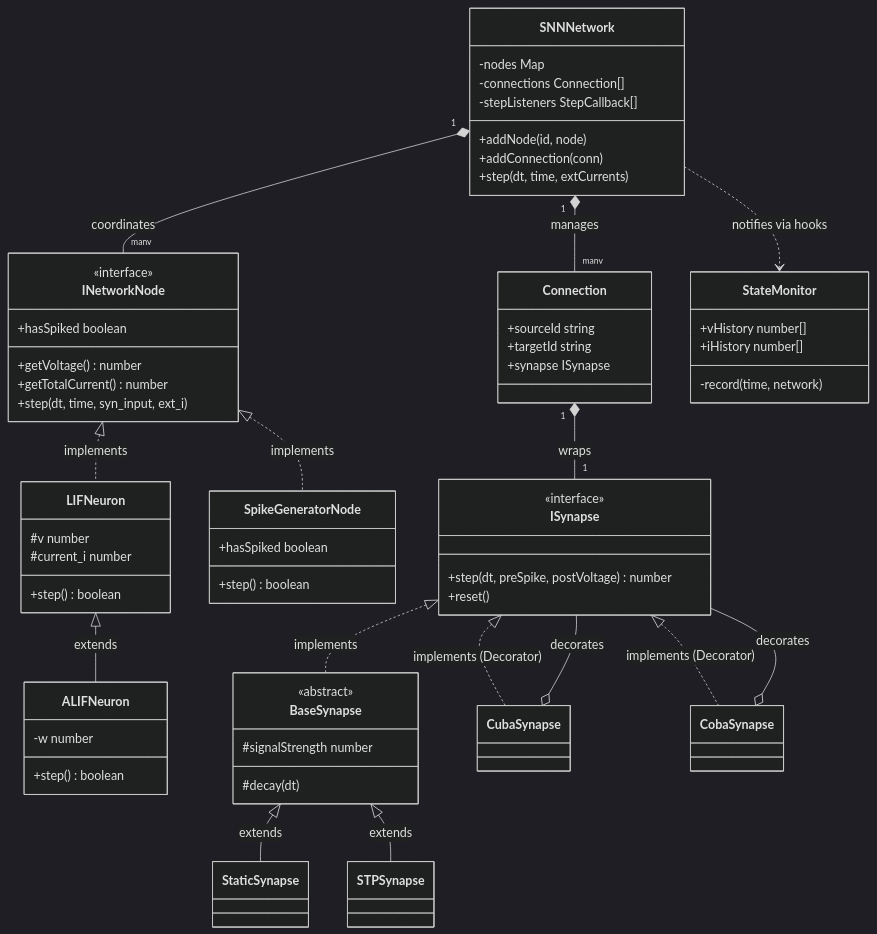
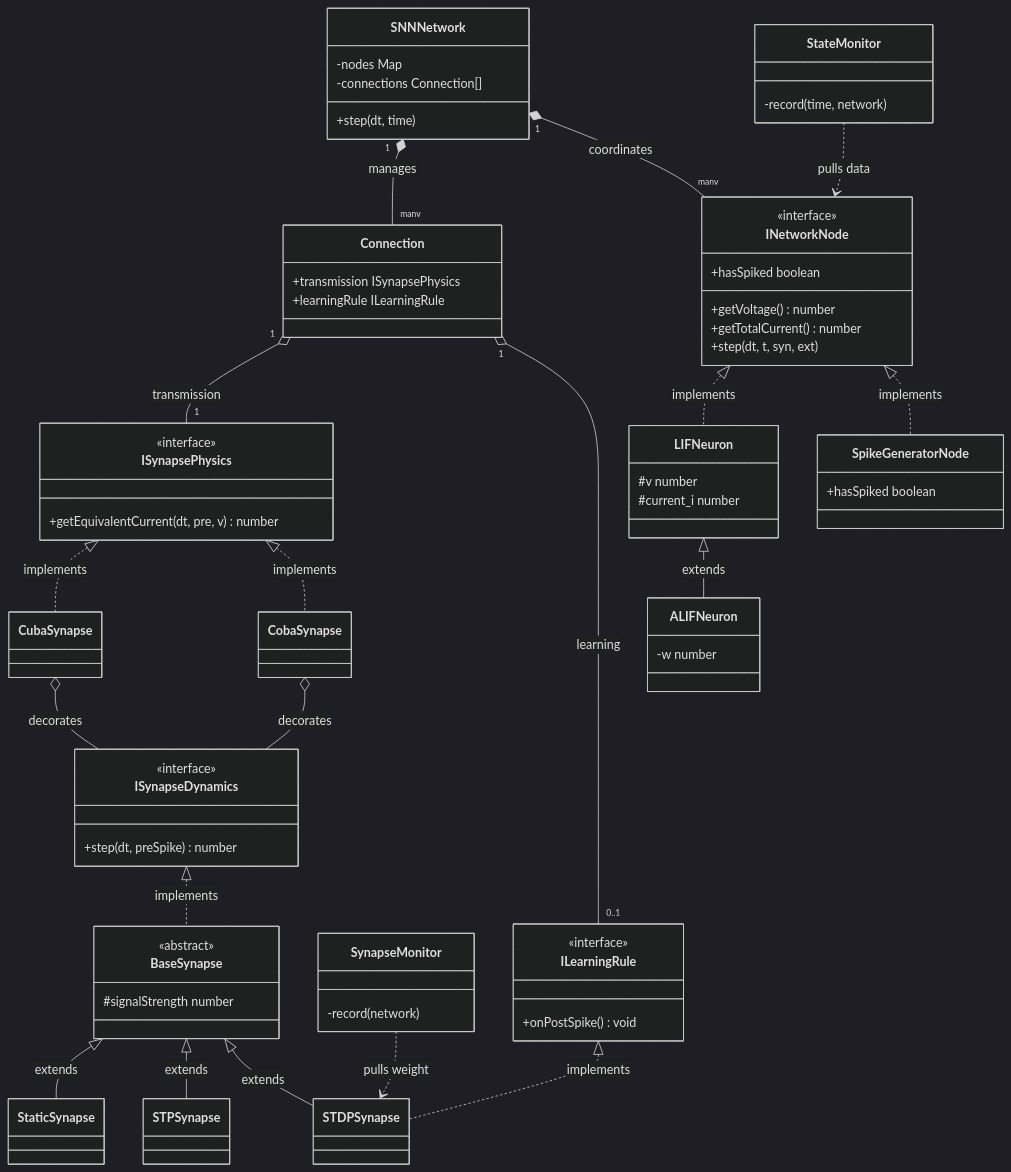
One commit to Salt-Shio/snn-academy changed the first of 2 diagrams in docs/system_structure/Architecture.md. Above: the diagram before and after it, drawn with Mermaid (dark theme). The commit also changed other lines of this file, not shown here.

Commit message:
docs: update system architecture and sequence diagrams

````diff
--- a/docs/system_structure/Architecture.md
+++ b/docs/system_structure/Architecture.md
@@ -37,88 +32,92 @@
 ```mermaid
 classDiagram
-    %% 介面定義
+    direction TB
+
+    %% 第一層：抽象介面層 (The Foundations)
     class INetworkNode {
         <<interface>>
         +hasSpiked boolean
         +getVoltage() number
         +getTotalCurrent() number
-        +step(dt, time, syn_input, ext_i)
+        +step(dt, t, syn, ext)
+    }
+    class ISynapseDynamics {
+        <<interface>>
+        +step(dt, preSpike) number
+    }
+    class ISynapsePhysics {
+        <<interface>>
+        +getEquivalentCurrent(dt, pre, v) number
+    }
+    class ILearningRule {
+        <<interface>>
+        +onPostSpike() void
     }
 
-    class ISynapse {
-        <<interface>>
-        +step(dt, preSpike, postVoltage) number
-        +reset()
-    }
-
-    class SpikeGeneratorNode {
-        +hasSpiked boolean
-        +step() boolean
-    }
-
-    %% 網路管理
+    %% 第二層：核心架構層 (Depends on Interfaces)
     class SNNNetwork {
         -nodes Map
         -connections Connection[]
-        -stepListeners StepCallback[]
-        +addNode(id, node)
-        +addConnection(conn)
-        +step(dt, time, extCurrents)
+        +step(dt, time)
+    }
+    class Connection {
+        +transmission ISynapsePhysics
+        +learningRule ILearningRule
+    }
+    class StateMonitor {
+        -record(time, network)
+    }
+    class SynapseMonitor {
+        -record(network)
     }
 
-    class Connection {
-        +sourceId string
-        +targetId string
-        +synapse ISynapse
-    }
-
-    class StateMonitor {
-        +vHistory number[]
-        +iHistory number[]
-        -record(time, network)
-    }
-
-    %% 神經元與節點實作
+    %% 第三層：具體實作層 (Satisfies Interfaces)
     class LIFNeuron {
         #v number
         #current_i number
-        +step() boolean
     }
-
     class ALIFNeuron {
         -w number
-        +step() boolean
     }
+    class SpikeGeneratorNode {
+        +hasSpiked boolean
+    }
+    class BaseSynapse {
+        <<abstract>>
+        #signalStrength number
+    }
+    class StaticSynapse
+    class STPSynapse
+    class STDPSynapse
+    class CubaSynapse
+    class CobaSynapse
 
-    %% 關係連結
-    SNNNetwork "1" *-- "many" Connection : manages
-    SNNNetwork "1" *-- "many" INetworkNode : coordinates
-    SNNNetwork ..> StateMonitor : notifies via hooks
-    
+    %% --- 建立關係 (由實作指向抽象) ---
+
+    %% Node 體系
     INetworkNode <|.. LIFNeuron : implements
     INetworkNode <|.. SpikeGeneratorNode : implements
     LIFNeuron <|-- ALIFNeuron : extends
 
-    Connection "1" *-- "1" ISynapse : wraps
-    
-    %% 突觸實作 (裝飾器模式)
-    class BaseSynapse {
-        <<abstract>>
-        #signalStrength number
-        #decay(dt)
-    }
-
-    class StaticSynapse
-    class STPSynapse
-    class CubaSynapse
-    class CobaSynapse
-
-    ISynapse <|.. BaseSynapse : implements
-    ISynapse <|.. CubaSynapse : implements (Decorator)
-    ISynapse <|.. CobaSynapse : implements (Decorator)
+    %% Synapse Dynamics 體系
+    ISynapseDynamics <|.. BaseSynapse : implements
     BaseSynapse <|-- StaticSynapse : extends
     BaseSynapse <|-- STPSynapse : extends
+    BaseSynapse <|-- STDPSynapse : extends
+    ILearningRule <|.. STDPSynapse : implements
 
-    CubaSynapse o-- ISynapse : decorates
-    CobaSynapse o-- ISynapse : decorates
+    %% Synapse Physics 體系
+    ISynapsePhysics <|.. CubaSynapse : implements
+    ISynapsePhysics <|.. CobaSynapse : implements
+
+    %% 組合與依賴
+    SNNNetwork "1" *-- "many" Connection : manages
+    SNNNetwork "1" *-- "many" INetworkNode : coordinates
+    Connection "1" o-- "1" ISynapsePhysics : transmission
+    Connection "1" o-- "0..1" ILearningRule : learning
+    CubaSynapse o-- ISynapseDynamics : decorates
+    CobaSynapse o-- ISynapseDynamics : decorates
+    
+    StateMonitor ..> INetworkNode : pulls data
+    SynapseMonitor ..> STDPSynapse : pulls weight
 ```
````
